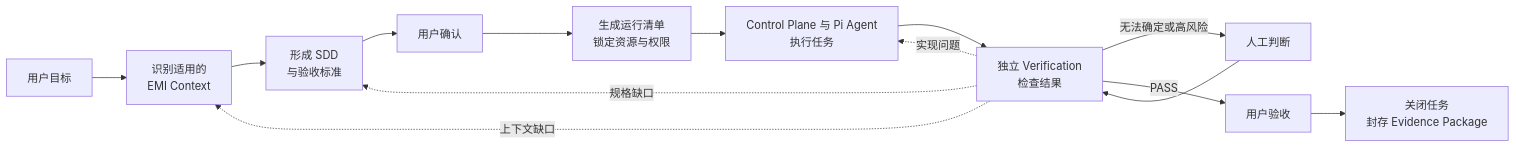
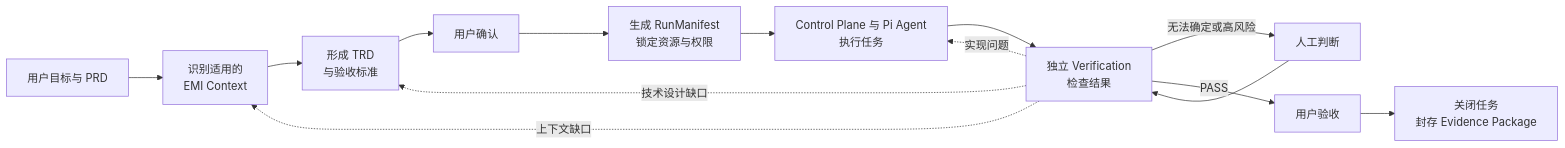
The first of 3 diagrams in README.md (jerrywang33/emi-harness), drawn with Mermaid before and after one commit. The commit also changed other lines of this file and 1 other file, not shown here.

First line of the commit message:
docs: define PRD and TRD terminology

````diff
--- a/README.md
+++ b/README.md
@@ -58,16 +69,16 @@
 ```mermaid
 flowchart LR
-    goal["用户目标"] --> context["识别适用的<br/>EMI Context"]
-    context --> sdd["形成 SDD<br/>与验收标准"]
-    sdd --> approve["用户确认"]
-    approve --> compose["生成运行清单<br/>锁定资源与权限"]
+    goal["用户目标与 PRD"] --> context["识别适用的<br/>EMI Context"]
+    context --> trd["形成 TRD<br/>与验收标准"]
+    trd --> approve["用户确认"]
+    approve --> compose["生成 RunManifest<br/>锁定资源与权限"]
     compose --> execute["Control Plane 与 Pi Agent<br/>执行任务"]
     execute --> verify["独立 Verification<br/>检查结果"]
     verify -->|无法确定或高风险| human["人工判断"]
     human --> verify
     verify -->|PASS| accept["用户验收"]
     accept --> close["关闭任务<br/>封存 Evidence Package"]
     verify -. 上下文缺口 .-> context
-    verify -. 规格缺口 .-> sdd
+    verify -. 技术设计缺口 .-> trd
     verify -. 实现问题 .-> execute
 ```
````
